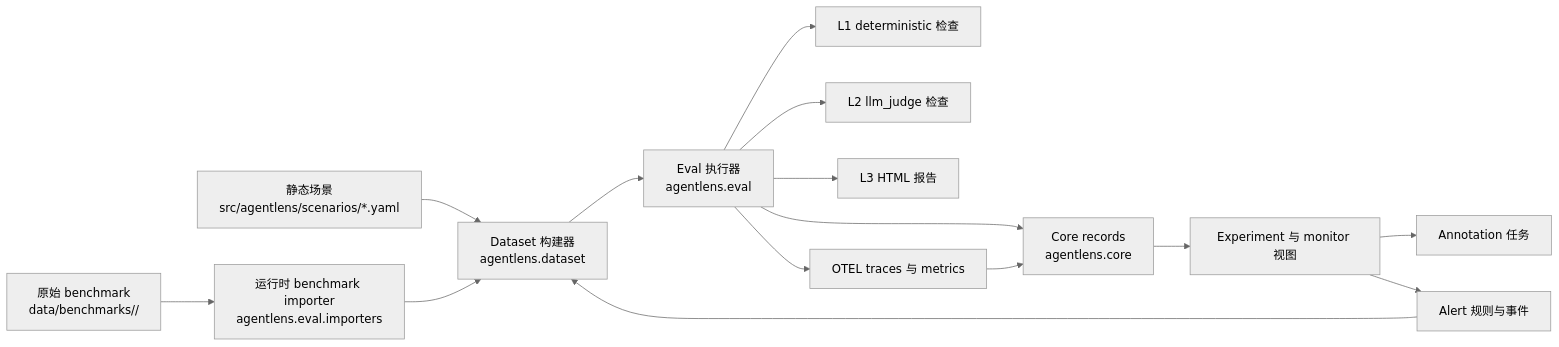
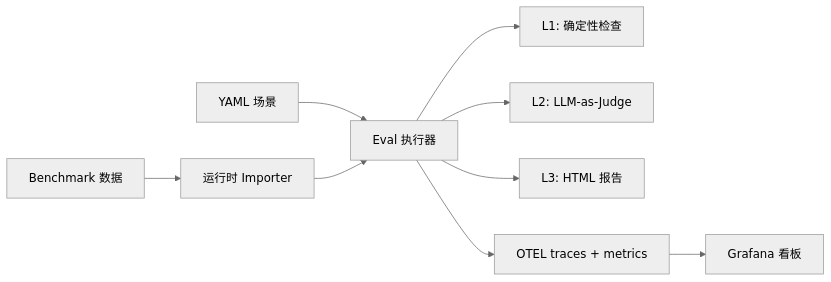
Before and after one commit to noCharger/agentlens: the diagram in README.zh-CN.md, drawn with Mermaid (neutral theme). The commit also changed other lines of this file and 32 other files, not shown here.

Commit message:
feat(eval): add optional judge metrics and document current status

````diff
--- a/README.zh-CN.md
+++ b/README.zh-CN.md
@@ -31,17 +306,10 @@
 ```mermaid
 flowchart LR
-    A["静态场景<br/>src/agentlens/scenarios/*.yaml"] --> C["Dataset 构建器<br/>agentlens.dataset"]
-    B["原始 benchmark<br/>data/benchmarks/<slug>/"] --> D["运行时 benchmark importer<br/>agentlens.eval.importers"]
-    D --> C
-    C --> E["Eval 执行器<br/>agentlens.eval"]
-    E --> F["L1 deterministic 检查"]
-    E --> G["L2 llm_judge 检查"]
-    E --> H["L3 HTML 报告"]
-    E --> I["OTEL traces 与 metrics"]
-    E --> J["Core records<br/>agentlens.core"]
-    I --> J
-    J --> K["Experiment 与 monitor 视图"]
-    K --> L["Annotation 任务"]
-    K --> M["Alert 规则与事件"]
-    M --> C
+    A[YAML 场景] --> E[Eval 执行器]
+    B[Benchmark 数据] --> D[运行时 Importer] --> E
+    E --> F[L1: 确定性检查]
+    E --> G[L2: LLM-as-Judge]
+    E --> H[L3: HTML 报告]
+    E --> I[OTEL traces + metrics]
+    I --> J[Grafana 看板]
 ```
````
